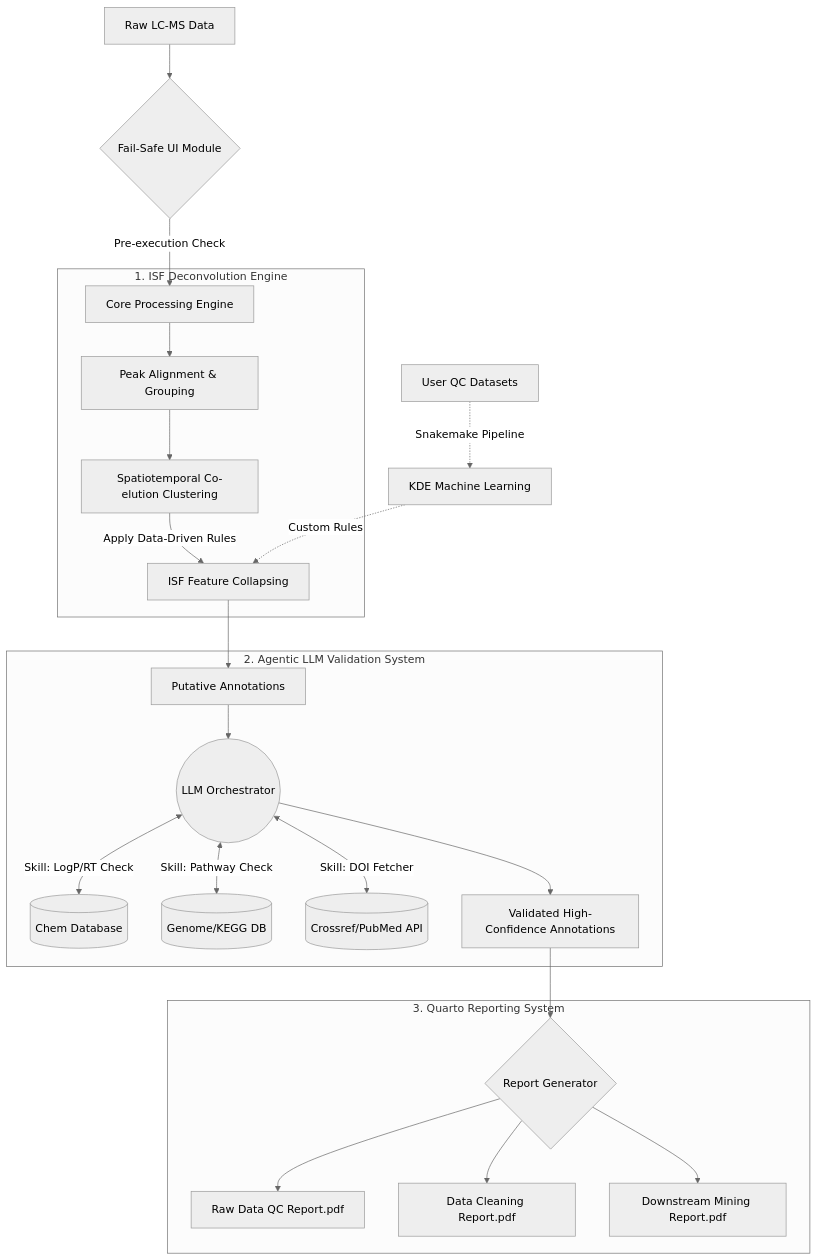
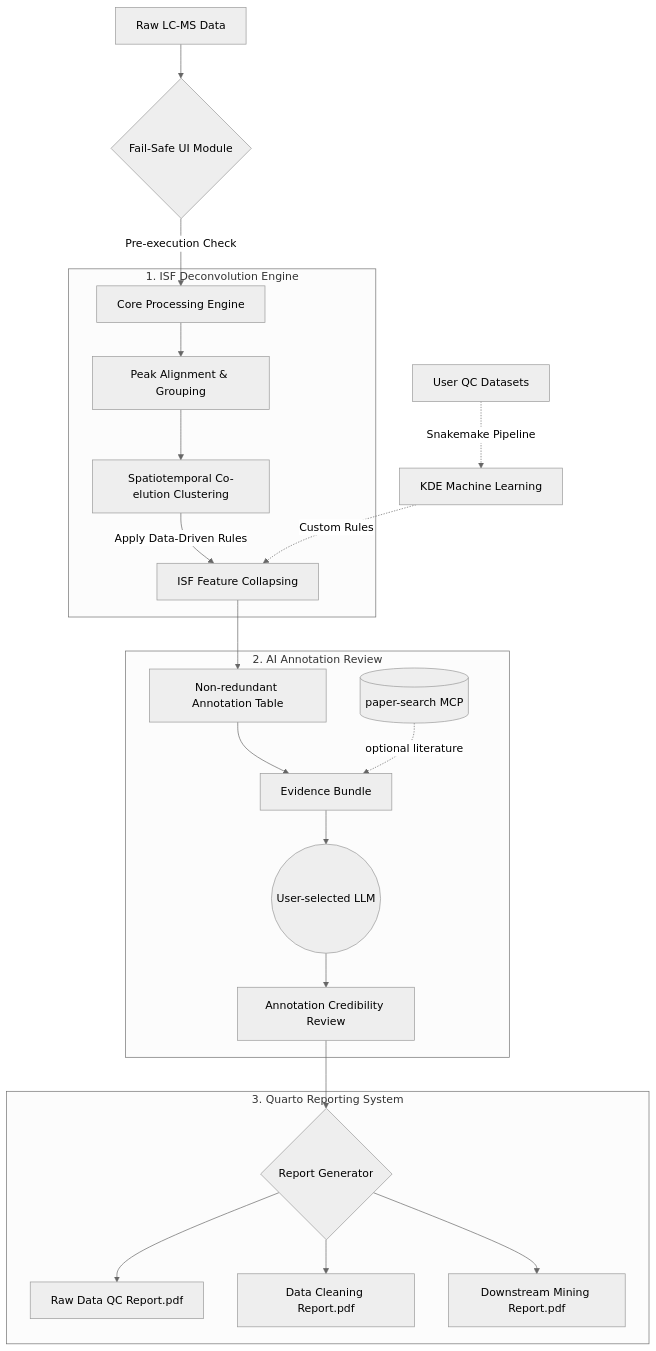
Before and after one commit to xuebinzhang-lab/MetMiner: the diagram in README.md, drawn with Mermaid (neutral theme). The commit also changed other lines of this file and 6 other files, not shown here.

````diff
--- a/README.md
+++ b/README.md
@@ -51,31 +57,30 @@
 ```mermaid
 graph TD
     A[Raw LC-MS Data] --> B{Fail-Safe UI Module}
     B -->|Pre-execution Check| C[Core Processing Engine]
     
     subgraph 1. ISF Deconvolution Engine
     C --> D[Peak Alignment & Grouping]
     D --> E[Spatiotemporal Co-elution Clustering]
     E -->|Apply Data-Driven Rules| F[ISF Feature Collapsing]
     end
     
-    subgraph 2. Agentic LLM Validation System
-    F --> G[Putative Annotations]
-    G --> H((LLM Orchestrator))
-    H <-->|Skill: LogP/RT Check| I[(Chem Database)]
-    H <-->|Skill: Pathway Check| J[(Genome/KEGG DB)]
-    H <-->|Skill: DOI Fetcher| K[(Crossref/PubMed API)]
-    H --> L[Validated High-Confidence Annotations]
+    subgraph 2. AI Annotation Review
+    F --> G[Non-redundant Annotation Table]
+    G --> H[Evidence Bundle]
+    H --> I((User-selected LLM))
+    J[(paper-search MCP)] -. optional literature .-> H
+    I --> K[Annotation Credibility Review]
     end
     
     subgraph 3. Quarto Reporting System
-    L --> M{Report Generator}
+    K --> M{Report Generator}
     M --> N[Raw Data QC Report.pdf]
     M --> O[Data Cleaning Report.pdf]
     M --> P[Downstream Mining Report.pdf]
     end
     
     %% Custom Dictionary Pipeline
     Q[User QC Datasets] -.->|Snakemake Pipeline| R[KDE Machine Learning]
     R -.->|Custom Rules| F
 ```
````
